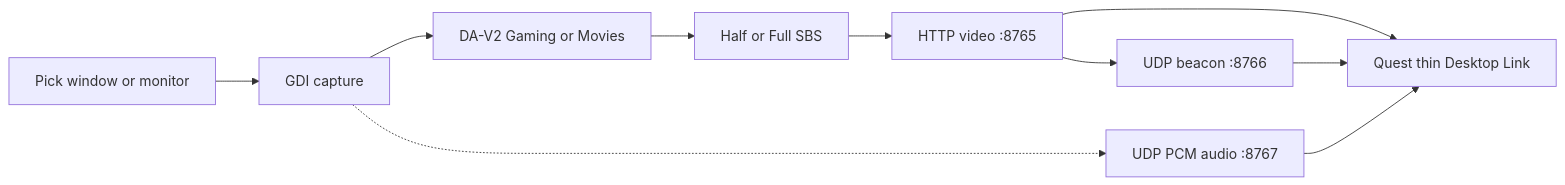
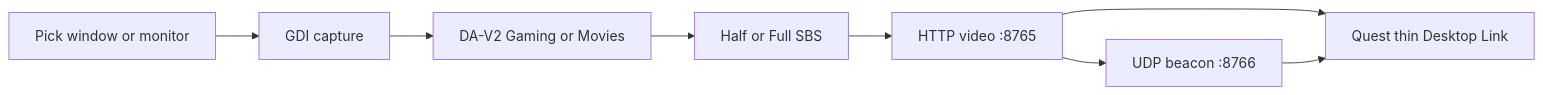
Before and after one commit to saogalaxy/SpatialLauncher: the diagram in docs/DESKTOP.md, drawn with Mermaid. The commit also changed other lines of this file and 12 other files, not shown here.

First line of the commit message:
Remove unreliable Desktop Link PC→Quest audio stream and UI.

````diff
--- a/docs/DESKTOP.md
+++ b/docs/DESKTOP.md
@@ -25,15 +25,13 @@
 ```mermaid
 flowchart LR
   pick[Pick window or monitor]
   cap[GDI capture]
   depth[DA-V2 Gaming or Movies]
   sbs[Half or Full SBS]
   http[HTTP video :8765]
   udp[UDP beacon :8766]
-  aud[UDP PCM audio :8767]
   quest[Quest thin Desktop Link]
   pick --> cap --> depth --> sbs --> http --> quest
   http --> udp
   udp --> quest
-  cap -.-> aud --> quest
 ```
````
